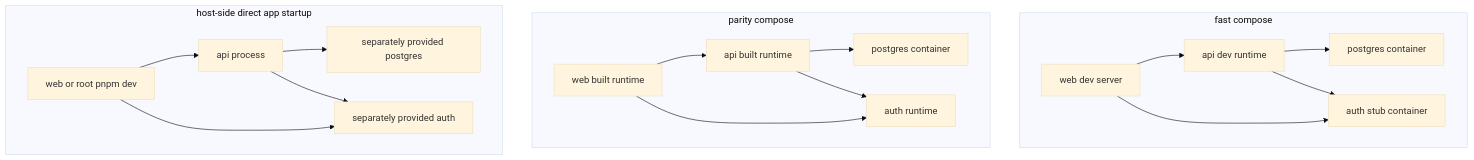
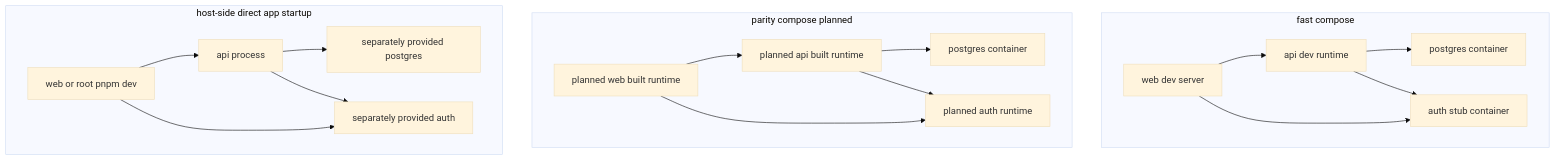
One commit to focusbuddy-dev/focusbuddy changed the diagram in docs/platform/local-execution-modes.md. Above: the diagram before and after it, drawn with Mermaid (base theme). The commit also changed other lines of this file, not shown here.

Commit message:
docs: clarify parity lane status refs #109

````diff
--- a/docs/platform/local-execution-modes.md
+++ b/docs/platform/local-execution-modes.md
@@ -46,35 +50,35 @@
 ```mermaid
 flowchart TD
     subgraph FC[fast compose]
         FC_WEB[web dev server]
         FC_API[api dev runtime]
         FC_DB[postgres container]
         FC_AUTH[auth stub container]
         FC_WEB --> FC_API
         FC_API --> FC_DB
         FC_WEB --> FC_AUTH
         FC_API --> FC_AUTH
     end
 
-    subgraph PC[parity compose]
-        PC_WEB[web built runtime]
-        PC_API[api built runtime]
+    subgraph PC[parity compose planned]
+        PC_WEB[planned web built runtime]
+        PC_API[planned api built runtime]
         PC_DB[postgres container]
-        PC_AUTH[auth runtime]
+        PC_AUTH[planned auth runtime]
         PC_WEB --> PC_API
         PC_API --> PC_DB
         PC_WEB --> PC_AUTH
         PC_API --> PC_AUTH
     end
 
     subgraph HS[host-side direct app startup]
         HS_WEB[web or root pnpm dev]
         HS_API[api process]
         HS_DB[separately provided postgres]
         HS_AUTH[separately provided auth]
         HS_WEB --> HS_API
         HS_API --> HS_DB
         HS_WEB --> HS_AUTH
         HS_API --> HS_AUTH
     end
 ```
````
